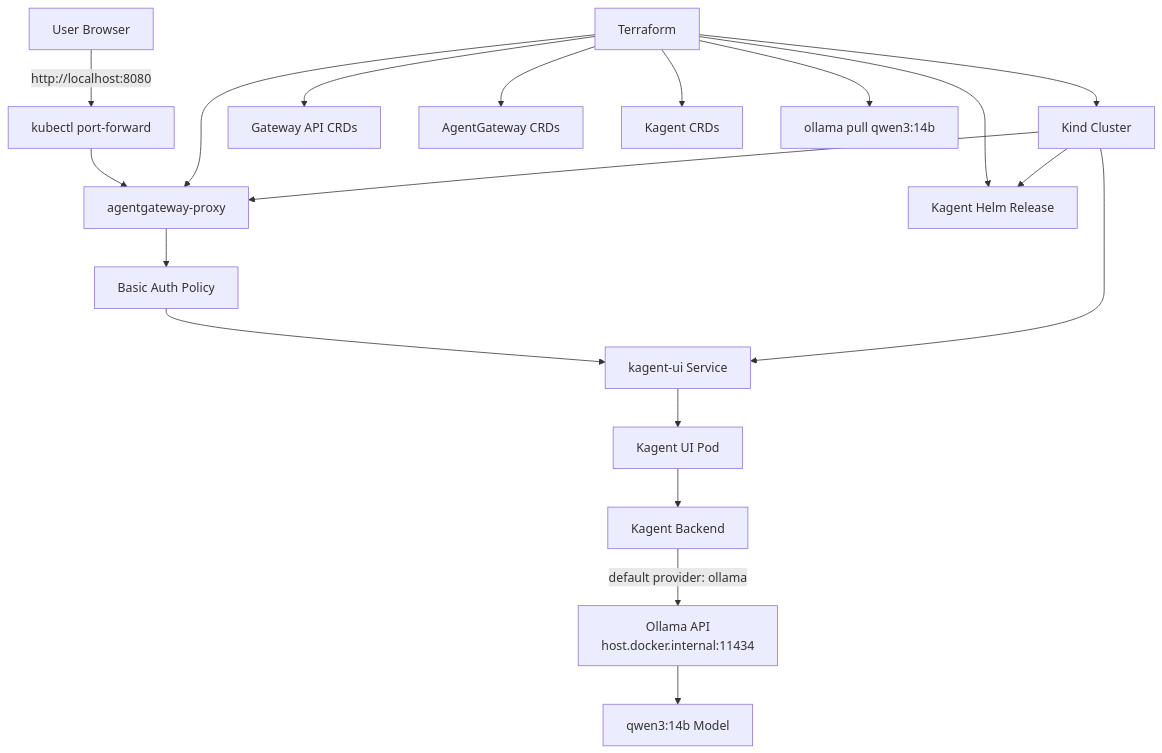
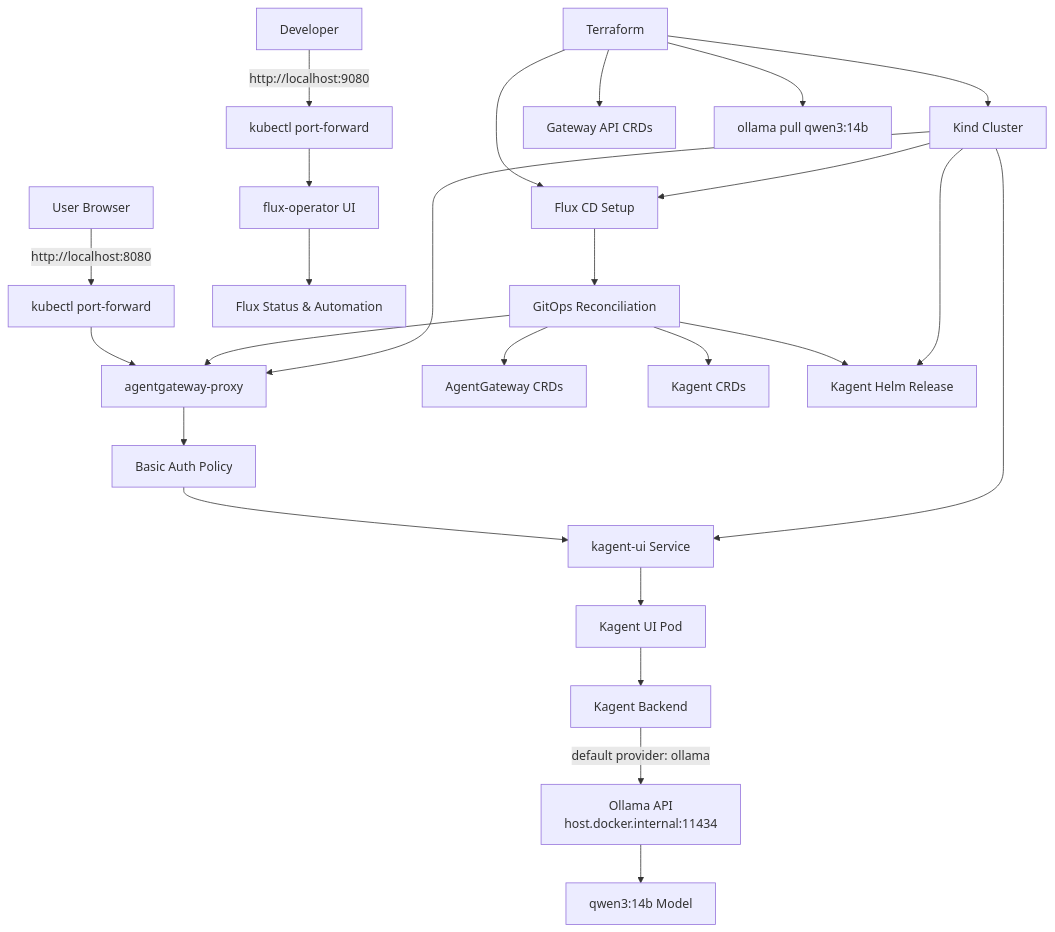
Before and after one commit to yurii-bielodied/Basic_Agentic_Infrastructure: the diagram in README.md, drawn with Mermaid. The commit also changed other lines of this file and 1 other file, not shown here.

````diff
--- a/README.md
+++ b/README.md
@@ -61,23 +85,30 @@
 ```mermaid
 flowchart TD
-    U[User Browser] -->|http://localhost:8080| PF[kubectl port-forward]
-    PF --> AGW[agentgateway-proxy]
+    U[User Browser] -->|http://localhost:8080| PF1[kubectl port-forward]
+    PF1 --> AGW[agentgateway-proxy]
     AGW --> AUTH[Basic Auth Policy]
     AUTH --> KAGENT_SVC[kagent-ui Service]
     KAGENT_SVC --> UI[Kagent UI Pod]
     UI --> KAGENT[Kagent Backend]
     KAGENT -->|default provider: ollama| OLLAMA[Ollama API\nhost.docker.internal:11434]
     OLLAMA --> MODEL[qwen3:14b Model]
 
+    U2[Developer] -->|http://localhost:9080| PF2[kubectl port-forward]
+    PF2 --> FLUX[flux-operator UI]
+    FLUX --> FLUX_STATUS[Flux Status & Automation]
+
     TF[Terraform] --> KIND[Kind Cluster]
     TF --> GWAPI[Gateway API CRDs]
-    TF --> AGCRD[AgentGateway CRDs]
-    TF --> AGW
-    TF --> KCRD[Kagent CRDs]
-    TF --> KREL[Kagent Helm Release]
+    TF --> FLUX_DEPLOY[Flux CD Setup]
     TF --> OLPULL[ollama pull qwen3:14b]
 
+    KIND --> FLUX_DEPLOY
+    FLUX_DEPLOY --> GitOps[GitOps Reconciliation]
+    GitOps --> AGCRD[AgentGateway CRDs]
+    GitOps --> AGW
+    GitOps --> KCRD[Kagent CRDs]
+    GitOps --> KAGENT_DEPLOY[Kagent Helm Release]
     KIND --> AGW
-    KIND --> KREL
+    KIND --> KAGENT_DEPLOY
     KIND --> KAGENT_SVC
 ```
````
